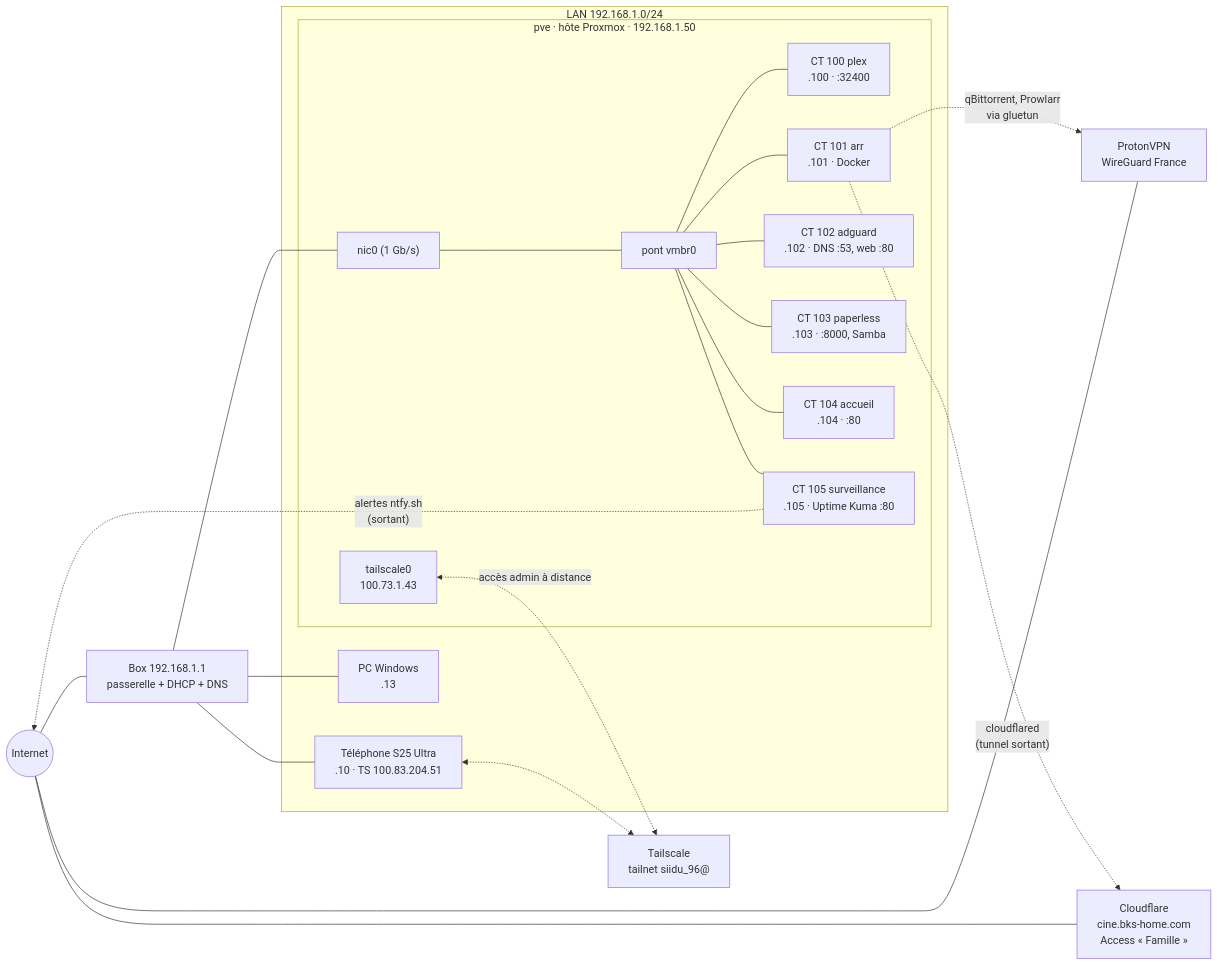
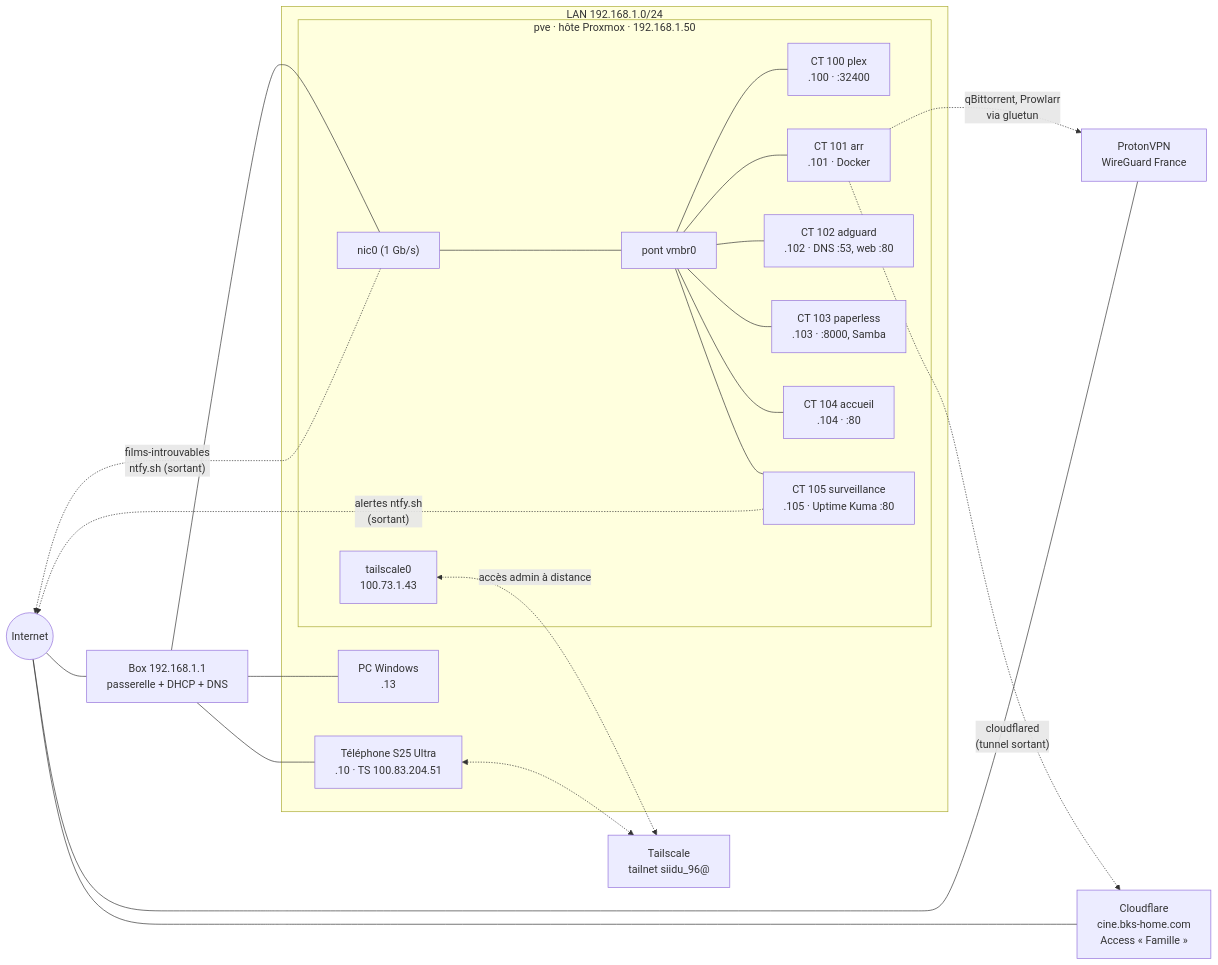
One commit to BksSidAhmed/infra-pve changed the first of 4 diagrams in docs/schemas.md. Above: the diagram before and after it, drawn with Mermaid. The commit also changed 6 other files, not shown here.

Commit message:
CT 101 : alerte ntfy pour les demandes Seerr introuvables + notifs navigateur Seerr

````diff
--- a/docs/schemas.md
+++ b/docs/schemas.md
@@ -9,35 +9,36 @@
 ```mermaid
 flowchart LR
     internet(("Internet"))
     box["Box 192.168.1.1<br/>passerelle + DHCP + DNS"]
     cf["Cloudflare<br/>cine.bks-home.com<br/>Access « Famille »"]
     proton["ProtonVPN<br/>WireGuard France"]
     ts["Tailscale<br/>tailnet siidu_96@"]
 
     subgraph lan["LAN 192.168.1.0/24"]
         pc["PC Windows<br/>.13"]
         tel["Téléphone S25 Ultra<br/>.10 · TS 100.83.204.51"]
         subgraph pve["pve · hôte Proxmox · 192.168.1.50"]
             nic0["nic0 (1 Gb/s)"] --- vmbr0["pont vmbr0"]
             tsh["tailscale0<br/>100.73.1.43"]
             vmbr0 --- ct100["CT 100 plex<br/>.100 · :32400"]
             vmbr0 --- ct101["CT 101 arr<br/>.101 · Docker"]
             vmbr0 --- ct102["CT 102 adguard<br/>.102 · DNS :53, web :80"]
             vmbr0 --- ct103["CT 103 paperless<br/>.103 · :8000, Samba"]
             vmbr0 --- ct104["CT 104 accueil<br/>.104 · :80"]
             vmbr0 --- ct105["CT 105 surveillance<br/>.105 · Uptime Kuma :80"]
         end
     end
 
     internet --- box
     box --- pc
     box --- tel
     box --- nic0
     ct101 -. "qBittorrent, Prowlarr<br/>via gluetun" .-> proton
     ct101 -. "cloudflared<br/>(tunnel sortant)" .-> cf
     tsh <-. "accès admin à distance" .-> ts
     tel <-.-> ts
     proton --- internet
     cf --- internet
     ct105 -. "alertes ntfy.sh<br/>(sortant)" .-> internet
+    nic0 -. "films-introuvables<br/>ntfy.sh (sortant)" .-> internet
 ```
````
